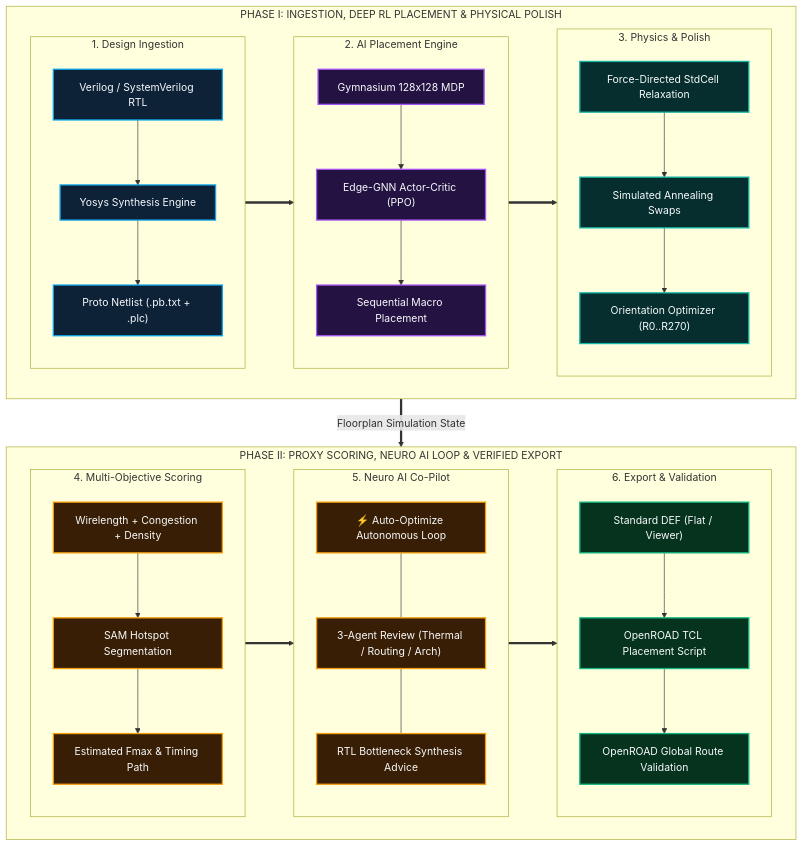
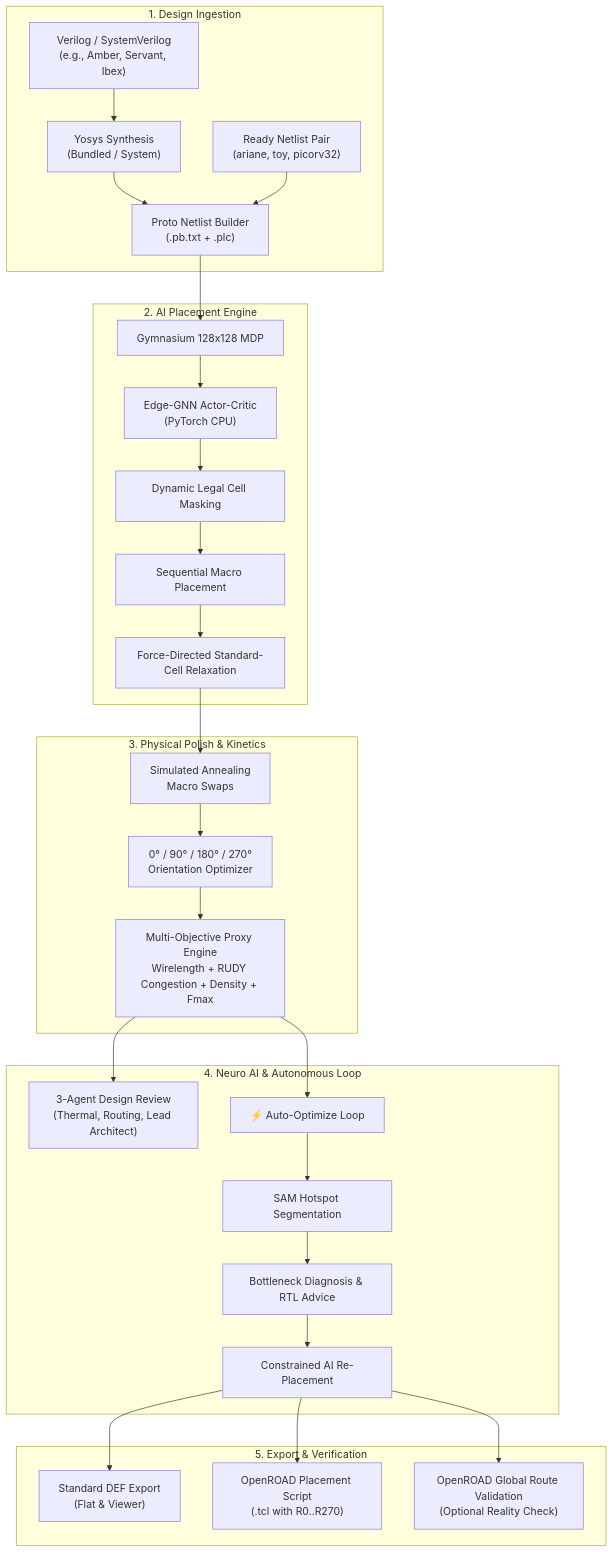
The diagram in README.md (IndhirajithHari/neuro-silicon), drawn with Mermaid before and after one commit. The commit also changed other lines of this file, not shown here.

Commit message:
docs: Restore original architectural workflow flowchart

````diff
--- a/README.md
+++ b/README.md
@@ -47,68 +45,36 @@
 ```mermaid
-flowchart TB
-    classDef stage1 fill:#0d2137,stroke:#0ea5e9,stroke-width:2px,color:#f8fafc;
-    classDef stage2 fill:#241242,stroke:#a855f7,stroke-width:2px,color:#f8fafc;
-    classDef stage3 fill:#062e2e,stroke:#14b8a6,stroke-width:2px,color:#f8fafc;
-    classDef stage4 fill:#381e05,stroke:#f59e0b,stroke-width:2px,color:#f8fafc;
-    classDef stage5 fill:#06331e,stroke:#10b981,stroke-width:2px,color:#f8fafc;
-
-    subgraph PHASE1 ["PHASE I: INGESTION, DEEP RL PLACEMENT & PHYSICAL POLISH"]
-        direction LR
-        subgraph S1 ["1. Design Ingestion"]
-            direction TB
-            RTL["Verilog / SystemVerilog RTL"]:::stage1
-            YOSYS["Yosys Synthesis Engine"]:::stage1
-            NETLIST["Proto Netlist (.pb.txt + .plc)"]:::stage1
-            RTL --> YOSYS --> NETLIST
-        end
-
-        subgraph S2 ["2. AI Placement Engine"]
-            direction TB
-            MDP["Gymnasium 128x128 MDP"]:::stage2
-            GNN["Edge-GNN Actor-Critic (PPO)"]:::stage2
-            PLACE["Sequential Macro Placement"]:::stage2
-            MDP --> GNN --> PLACE
-        end
-
-        subgraph S3 ["3. Physics & Polish"]
-            direction TB
-            RELAX["Force-Directed StdCell Relaxation"]:::stage3
-            SA["Simulated Annealing Swaps"]:::stage3
-            FLIP["Orientation Optimizer (R0..R270)"]:::stage3
-            RELAX --> SA --> FLIP
-        end
-
-        S1 ==> S2 ==> S3
+flowchart TD
+    subgraph INGESTION ["1. Design Ingestion"]
+        RTL["Verilog / SystemVerilog\n(e.g., Amber, Servant, Ibex)"] --> YOSYS["Yosys Synthesis\n(Bundled / System)"]
+        YOSYS --> PROTO["Proto Netlist Builder\n(.pb.txt + .plc)"]
+        READY["Ready Netlist Pair\n(ariane, toy, picorv32)"] --> PROTO
     end
 
-    subgraph PHASE2 ["PHASE II: PROXY SCORING, NEURO AI LOOP & VERIFIED EXPORT"]
-        direction LR
-        subgraph S4 ["4. Multi-Objective Scoring"]
-            direction TB
-            PROXY["Wirelength + Congestion + Density"]:::stage4
-            SAM["SAM Hotspot Segmentation"]:::stage4
-            FMAX["Estimated Fmax & Timing Path"]:::stage4
-            PROXY --> SAM --> FMAX
-        end
-
-        subgraph S5 ["5. Neuro AI Co-Pilot"]
-            direction TB
-            AUTOLOOP["⚡ Auto-Optimize Autonomous Loop"]:::stage4
-            REVIEW["3-Agent Review (Thermal / Routing / Arch)"]:::stage4
-            RTLFIX["RTL Bottleneck Synthesis Advice"]:::stage4
-            AUTOLOOP --- REVIEW --- RTLFIX
-        end
-
-        subgraph S6 ["6. Export & Validation"]
-            direction TB
-            DEF["Standard DEF (Flat / Viewer)"]:::stage5
-            TCL["OpenROAD TCL Placement Script"]:::stage5
-            ROUTE["OpenROAD Global Route Validation"]:::stage5
-            DEF --> TCL --> ROUTE
-        end
-
-        S4 ==> S5 ==> S6
+    subgraph ENGINE ["2. AI Placement Engine"]
+        PROTO --> MDP["Gymnasium 128x128 MDP"]
+        MDP --> GNN["Edge-GNN Actor-Critic\n(PyTorch CPU)"]
+        GNN --> MASK["Dynamic Legal Cell Masking"]
+        MASK --> PLACE["Sequential Macro Placement"]
+        PLACE --> RELAX["Force-Directed Standard-Cell Relaxation"]
     end
 
-    PHASE1 ==>|Floorplan Simulation State| PHASE2
+    subgraph POLISH ["3. Physical Polish & Kinetics"]
+        RELAX --> SA["Simulated Annealing\nMacro Swaps"]
+        SA --> FLIP["0° / 90° / 180° / 270°\nOrientation Optimizer"]
+        FLIP --> PROXY["Multi-Objective Proxy Engine\nWirelength + RUDY Congestion + Density + Fmax"]
+    end
+
+    subgraph AI_LOOP ["4. Neuro AI & Autonomous Loop"]
+        PROXY --> REVIEW["3-Agent Design Review\n(Thermal, Routing, Lead Architect)"]
+        PROXY --> AUTOLOOP["⚡ Auto-Optimize Loop"]
+        AUTOLOOP --> SAM["SAM Hotspot Segmentation"]
+        SAM --> ADVICE["Bottleneck Diagnosis & RTL Advice"]
+        ADVICE --> REPUTE["Constrained AI Re-Placement"]
+    end
+
+    subgraph OUTPUTS ["5. Export & Verification"]
+        REPUTE --> DEF["Standard DEF Export\n(Flat & Viewer)"]
+        REPUTE --> TCL["OpenROAD Placement Script\n(.tcl with R0..R270)"]
+        REPUTE --> ROUTE["OpenROAD Global Route Validation\n(Optional Reality Check)"]
+    end
 ```
````
